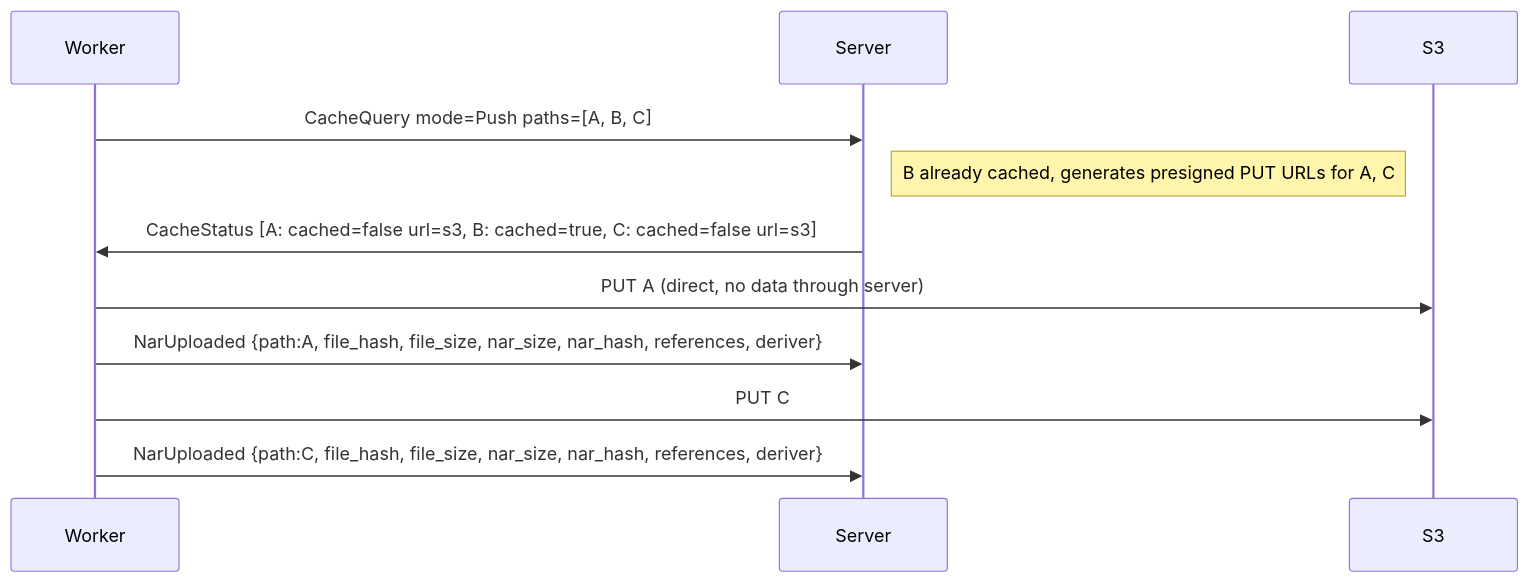
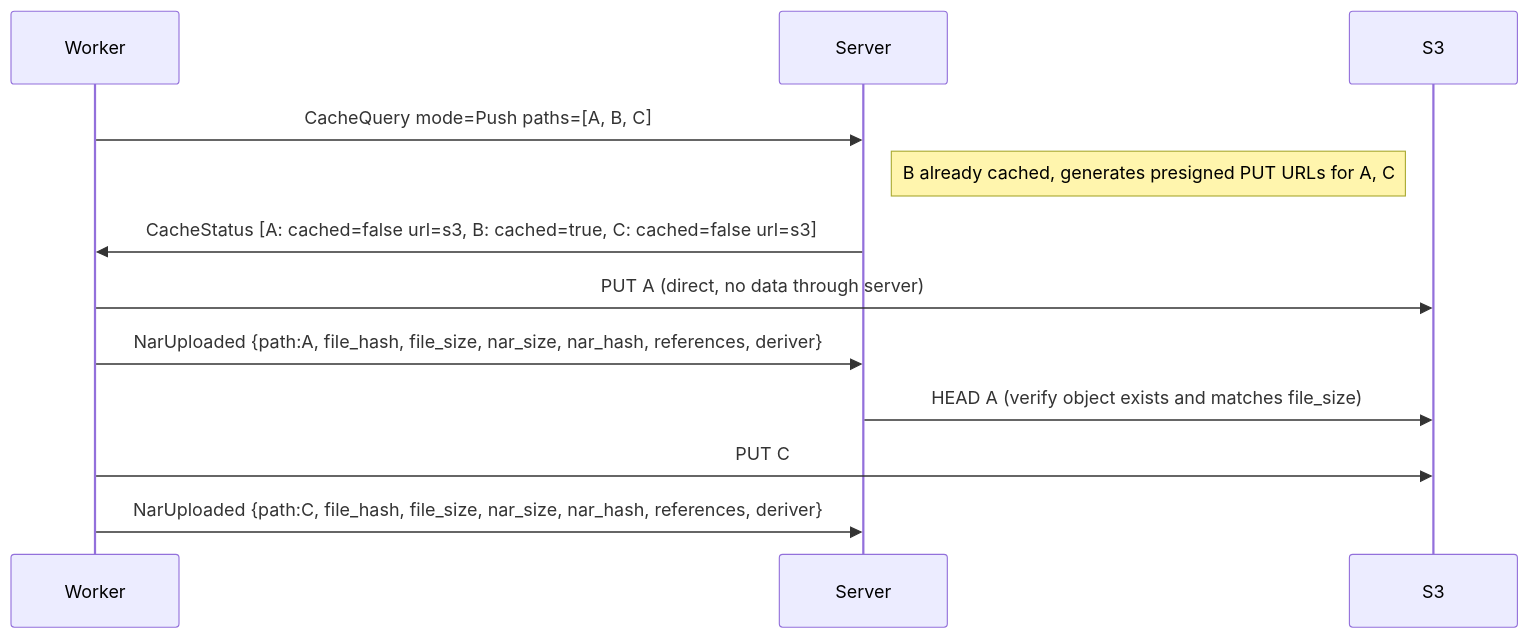
Before and after one commit to wavelens/gradient: diagram 18 of 26 in docs/src/development/proto.md, drawn with Mermaid. The commit also changed other lines of this file and 3 other files, not shown here.

````diff
--- a/docs/src/development/proto.md
+++ b/docs/src/development/proto.md
@@ -1089,14 +1089,15 @@
 ```mermaid
 sequenceDiagram
     participant W as Worker
     participant S as Server
     participant S3 as S3
 
     W->>S: CacheQuery mode=Push paths=[A, B, C]
     Note right of S: B already cached, generates presigned PUT URLs for A, C
     S->>W: CacheStatus [A: cached=false url=s3, B: cached=true, C: cached=false url=s3]
     W->>S3: PUT A (direct, no data through server)
     W->>S: NarUploaded {path:A, file_hash, file_size, nar_size, nar_hash, references, deriver}
+    S->>S3: HEAD A (verify object exists and matches file_size)
     W->>S3: PUT C
     W->>S: NarUploaded {path:C, file_hash, file_size, nar_size, nar_hash, references, deriver}
 ```
````
